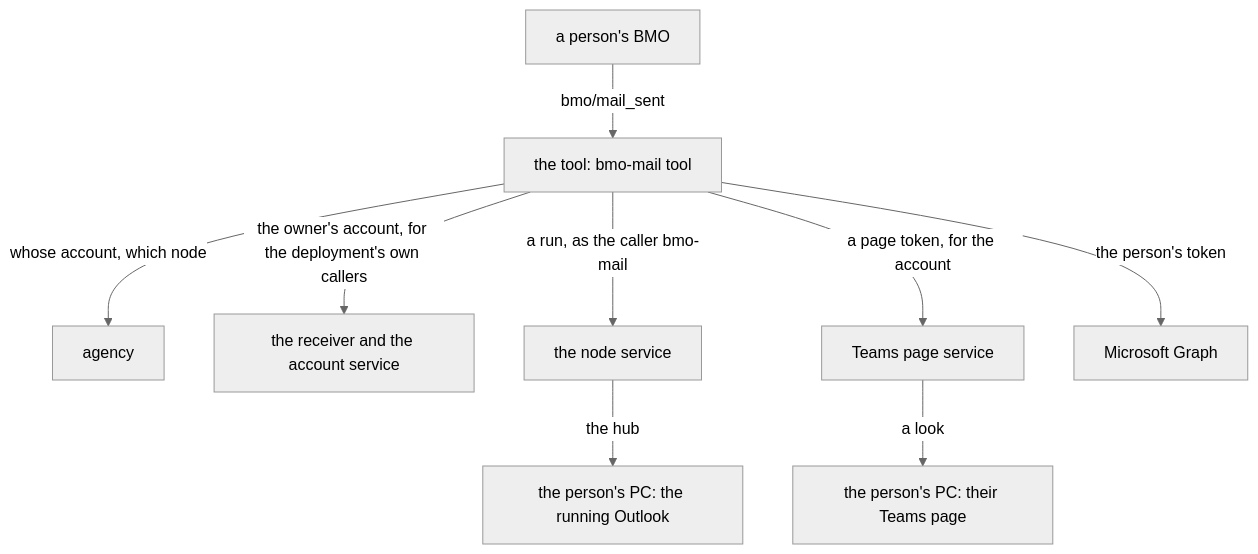
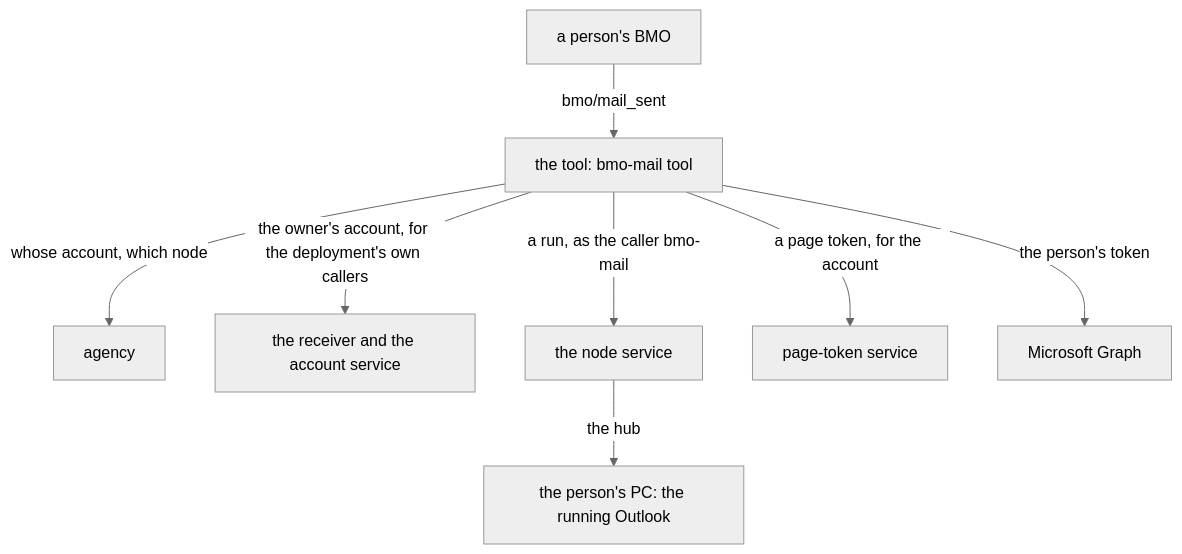
The second of 2 diagrams in docs/mail.md (ahas/bmo-mail), drawn with Mermaid (neutral theme) before and after one commit. The commit also changed other lines of this file and 18 other files, not shown here.

First line of the commit message:
Name the Graph road's token source an optional page-token service

````diff
--- a/docs/mail.md
+++ b/docs/mail.md
@@ -740,11 +740,10 @@
 ```mermaid
 flowchart TD
   BMO["a person's BMO"] -->|bmo/mail_sent| Tool["the tool: bmo-mail tool"]
   Tool -->|"whose account, which node"| Agency[agency]
   Tool -->|"the owner's account, for the deployment's own callers"| Owner["the receiver and the account service"]
   Tool -->|"a run, as the caller bmo-mail"| Node[the node service]
   Node -->|the hub| PC["the person's PC: the running Outlook"]
-  Tool -->|"a page token, for the account"| Teams[Teams page service]
-  Teams -->|"a look"| Page["the person's PC: their Teams page"]
+  Tool -->|"a page token, for the account"| Tokens[page-token service]
   Tool -->|"the person's token"| Graph[Microsoft Graph]
 ```
````
